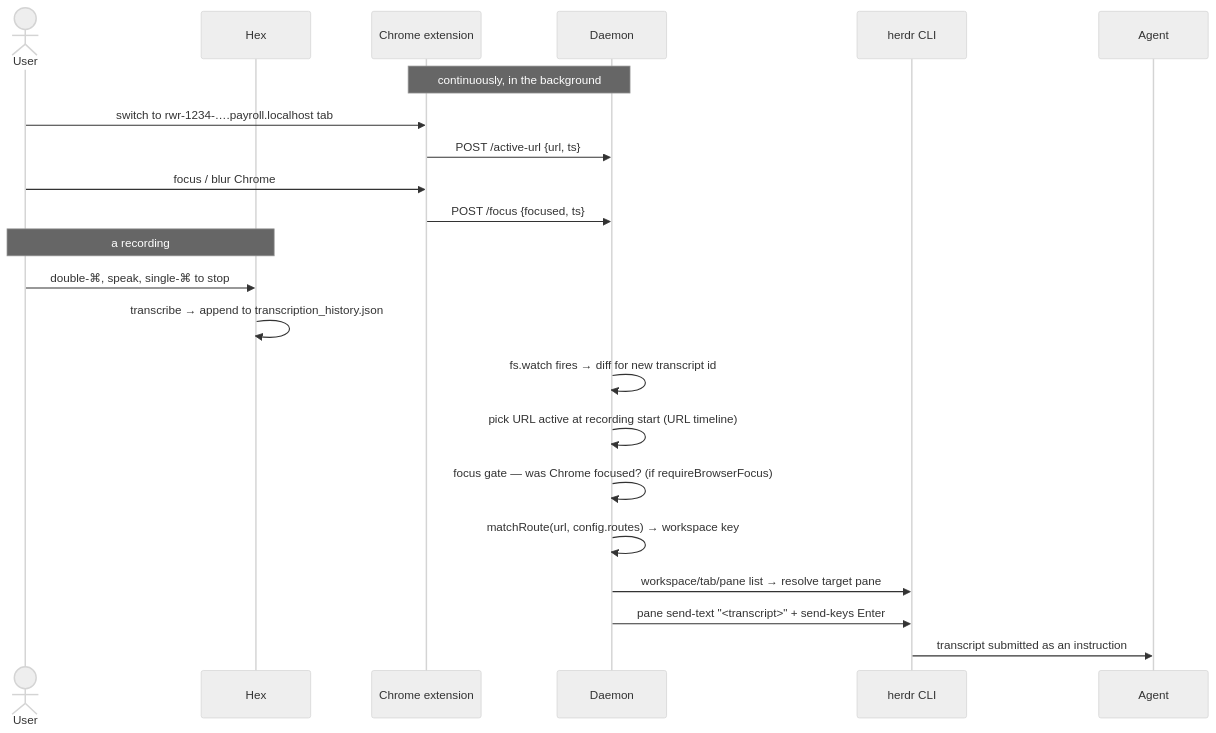
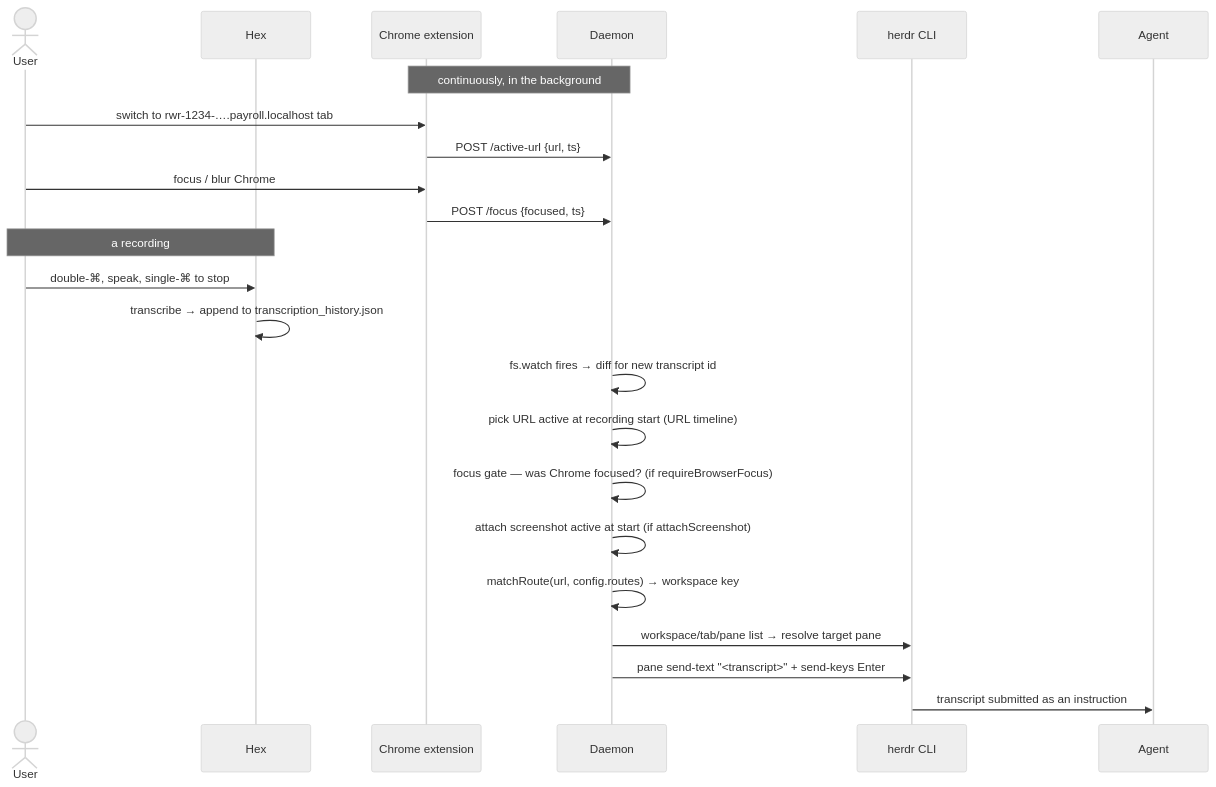
One commit to razajamil/herdr-hex-browser-voice-command changed the second of 2 diagrams in ARCHITECTURE.md. Above: the diagram before and after it, drawn with Mermaid (neutral theme). The commit also changed other lines of this file and 5 other files, not shown here.

````diff
--- a/ARCHITECTURE.md
+++ b/ARCHITECTURE.md
@@ -79,27 +79,28 @@
 ```mermaid
 sequenceDiagram
     actor User
     participant Hex
     participant Ext as Chrome extension
     participant Daemon
     participant Herdr as herdr CLI
     participant Agent
 
     Note over Ext,Daemon: continuously, in the background
     User->>Ext: switch to rwr-1234-….payroll.localhost tab
     Ext->>Daemon: POST /active-url {url, ts}
     User->>Ext: focus / blur Chrome
     Ext->>Daemon: POST /focus {focused, ts}
 
     Note over User,Hex: a recording
     User->>Hex: double-⌘, speak, single-⌘ to stop
     Hex->>Hex: transcribe → append to transcription_history.json
 
     Daemon->>Daemon: fs.watch fires → diff for new transcript id
     Daemon->>Daemon: pick URL active at recording start (URL timeline)
     Daemon->>Daemon: focus gate — was Chrome focused? (if requireBrowserFocus)
+    Daemon->>Daemon: attach screenshot active at start (if attachScreenshot)
     Daemon->>Daemon: matchRoute(url, config.routes) → workspace key
     Daemon->>Herdr: workspace/tab/pane list → resolve target pane
     Daemon->>Herdr: pane send-text "<transcript>" + send-keys Enter
     Herdr->>Agent: transcript submitted as an instruction
 ```
````
